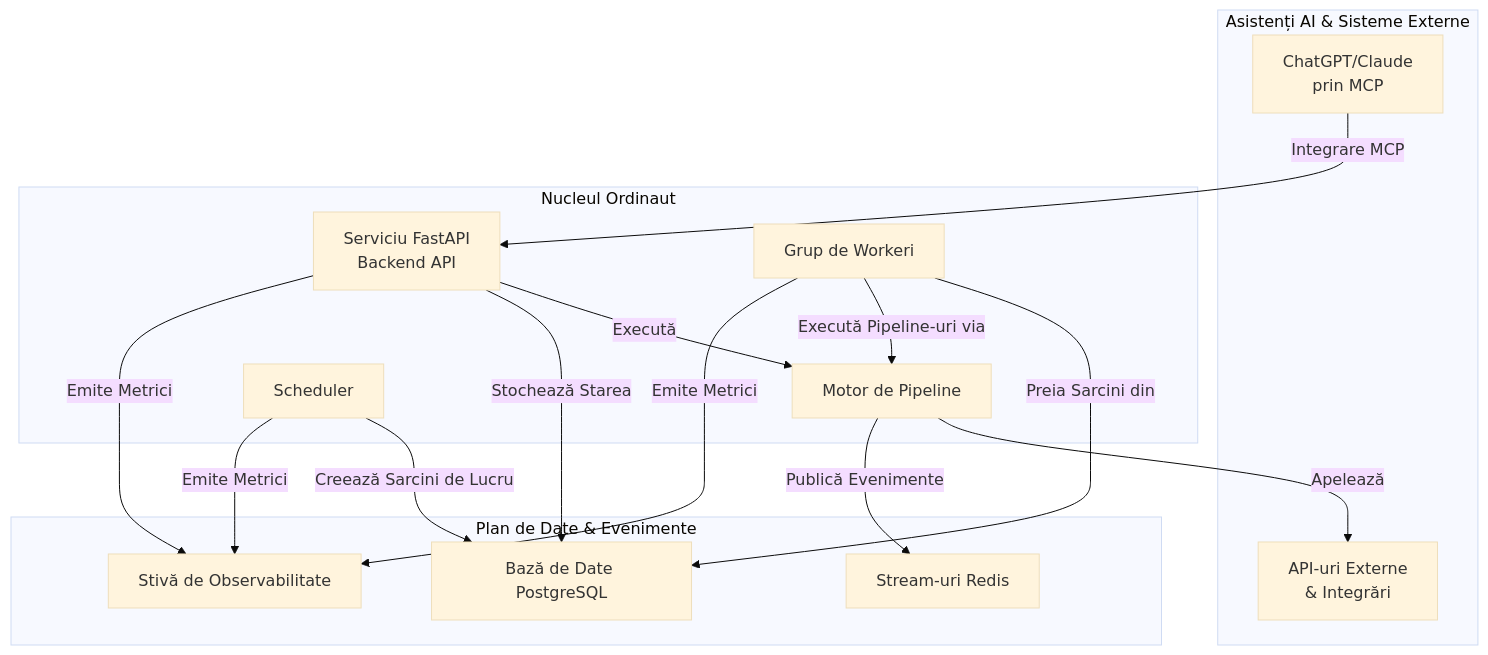
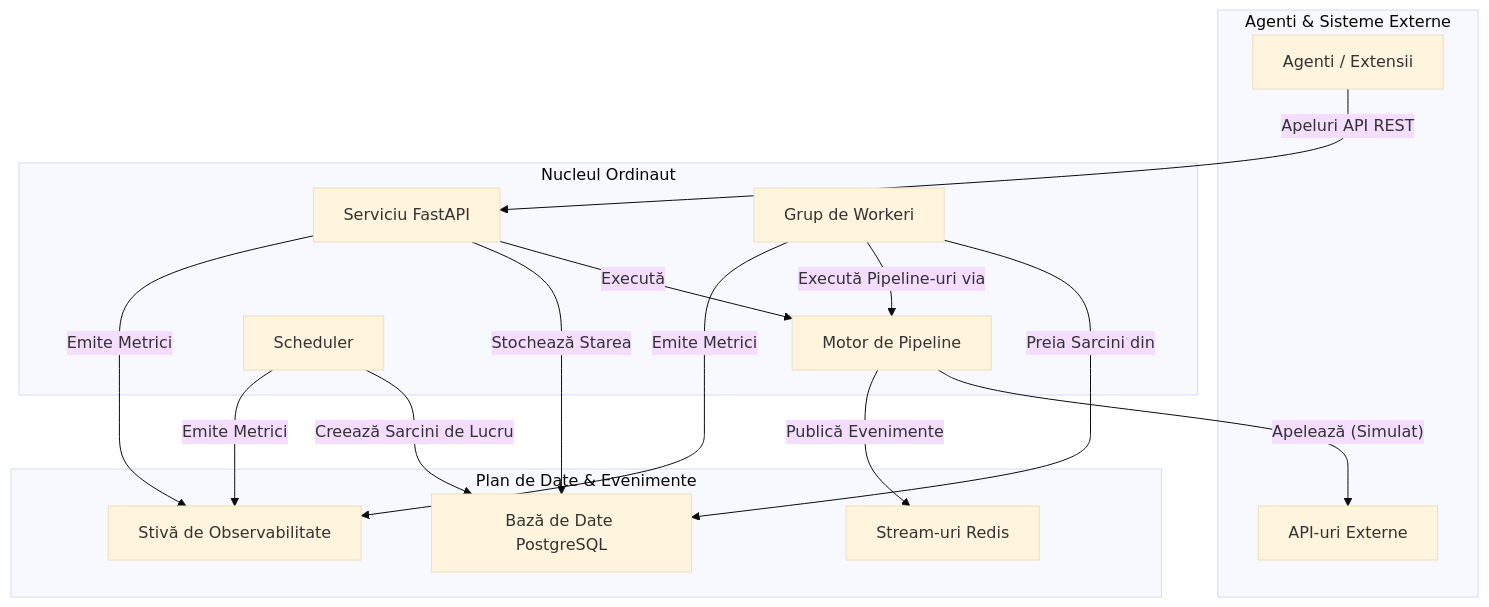
The diagram in docs/getting-started/overview.ro.md (yoda-digital/ordinaut), drawn with Mermaid (base theme) before and after one commit. The commit also changed other lines of this file and 97 other files, not shown here.

````diff
--- a/docs/getting-started/overview.ro.md
+++ b/docs/getting-started/overview.ro.md
@@ -17,33 +17,33 @@
 ```mermaid
 graph TD
-    subgraph Asistenți AI & Sisteme Externe
-        A[ChatGPT/Claude<br/>prin MCP]
-        E[API-uri Externe<br/>& Integrări]
+    subgraph Agenti & Sisteme Externe
+        A[Agenti / Extensii]
+        E[API-uri Externe]
     end
 
     subgraph Nucleul Ordinaut
-        B[Serviciu FastAPI<br/>Backend API]
+        B[Serviciu FastAPI]
         C[Motor de Pipeline]
         D[Grup de Workeri]
         F[Scheduler]
     end
 
     subgraph Plan de Date & Evenimente
         G[Bază de Date PostgreSQL]
         H[Stream-uri Redis]
         I[Stivă de Observabilitate]
     end
 
-    A -- Integrare MCP --> B
+    A -- Apeluri API REST --> B
     B -- Execută --> C
-    C -- Apelează --> E
+    C -- Apelează (Simulat) --> E
     C -- Publică Evenimente --> H
     F -- Creează Sarcini de Lucru --> G
     D -- Preia Sarcini din --> G
     D -- Execută Pipeline-uri via --> C
     
     B -- Stochează Starea --> G
     B -- Emite Metrici --> I
     D -- Emite Metrici --> I
     F -- Emite Metrici --> I
 ```
````
